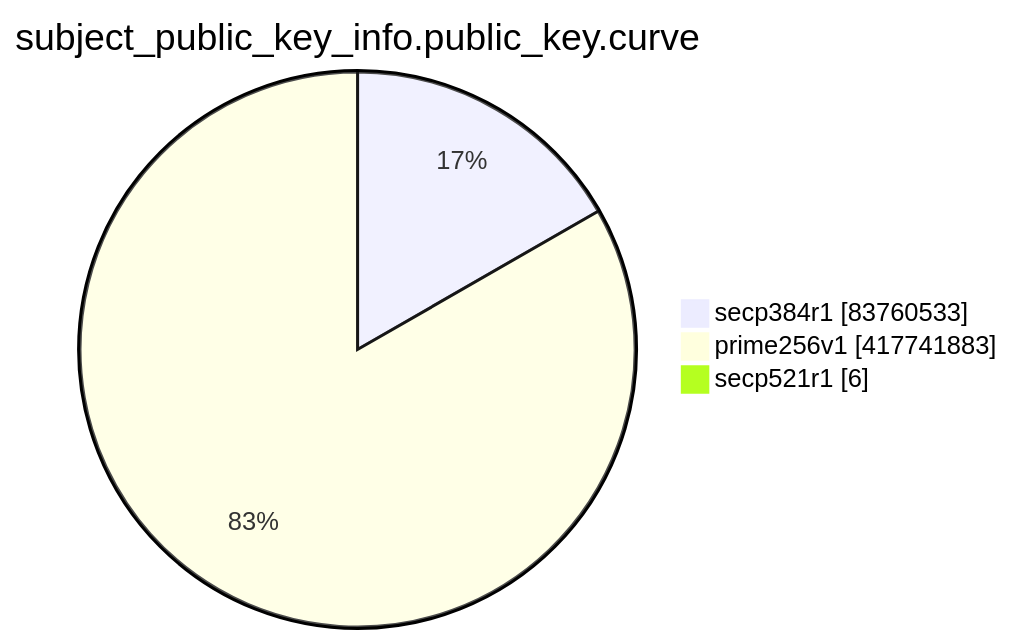
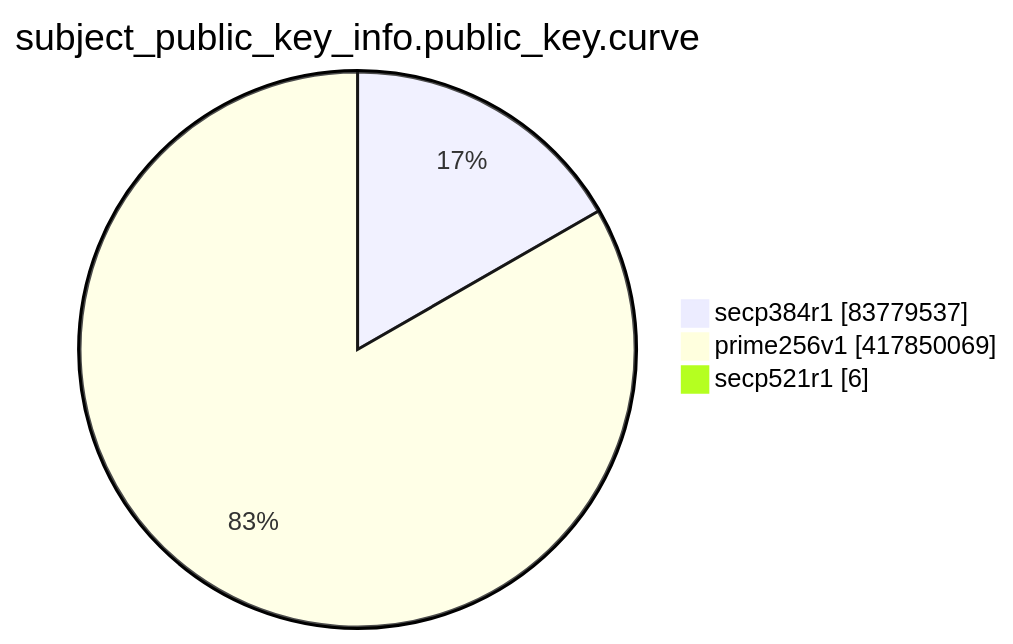
One commit to christiankrug/ctmonitor_visualization changed the eighth of 15 diagrams in TOTAL/README.md. Above: the diagram before and after it, drawn with Mermaid. The commit also changed other lines of this file, not shown here.

````diff
--- a/TOTAL/README.md
+++ b/TOTAL/README.md
@@ -3098,7 +3098,7 @@
 ```mermaid
 pie showData
 title subject_public_key_info.public_key.curve
-"secp384r1" :83760533
-"prime256v1" :417741883
+"secp384r1" :83779537
+"prime256v1" :417850069
 "secp521r1" :6
 ```
````
